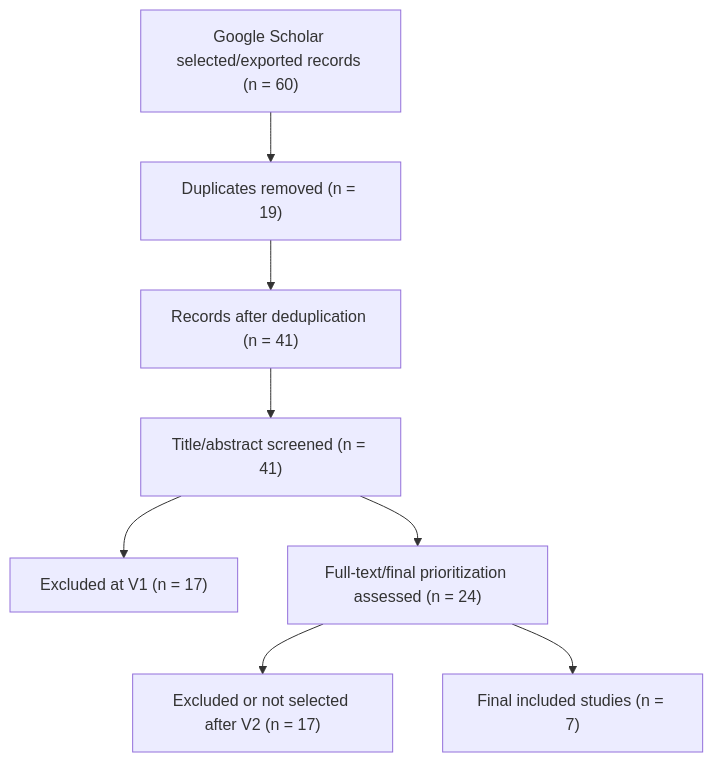
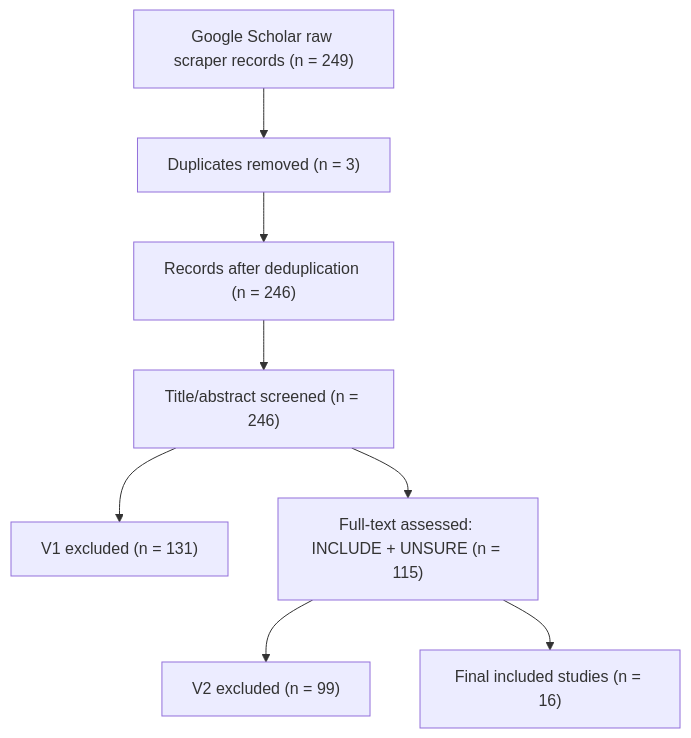
Before and after one commit to Khenggg/SE1944_LLM_Unit_Test_Generation: the diagram in Khang/SLR/prisma-flow.md, drawn with Mermaid. The commit also changed other lines of this file and 71 other files, not shown here.

````diff
--- a/Khang/SLR/prisma-flow.md
+++ b/Khang/SLR/prisma-flow.md
@@ -37,10 +42,10 @@
 ```mermaid
 flowchart TD
-    A["Google Scholar selected/exported records (n = 60)"] --> B["Duplicates removed (n = 19)"]
-    B --> C["Records after deduplication (n = 41)"]
-    C --> D["Title/abstract screened (n = 41)"]
-    D --> E["Excluded at V1 (n = 17)"]
-    D --> F["Full-text/final prioritization assessed (n = 24)"]
-    F --> G["Excluded or not selected after V2 (n = 17)"]
-    F --> H["Final included studies (n = 7)"]
+    A["Google Scholar raw scraper records (n = 249)"] --> B["Duplicates removed (n = 3)"]
+    B --> C["Records after deduplication (n = 246)"]
+    C --> D["Title/abstract screened (n = 246)"]
+    D --> E["V1 excluded (n = 131)"]
+    D --> F["Full-text assessed: INCLUDE + UNSURE (n = 115)"]
+    F --> G["V2 excluded (n = 99)"]
+    F --> H["Final included studies (n = 16)"]
 ```
````
